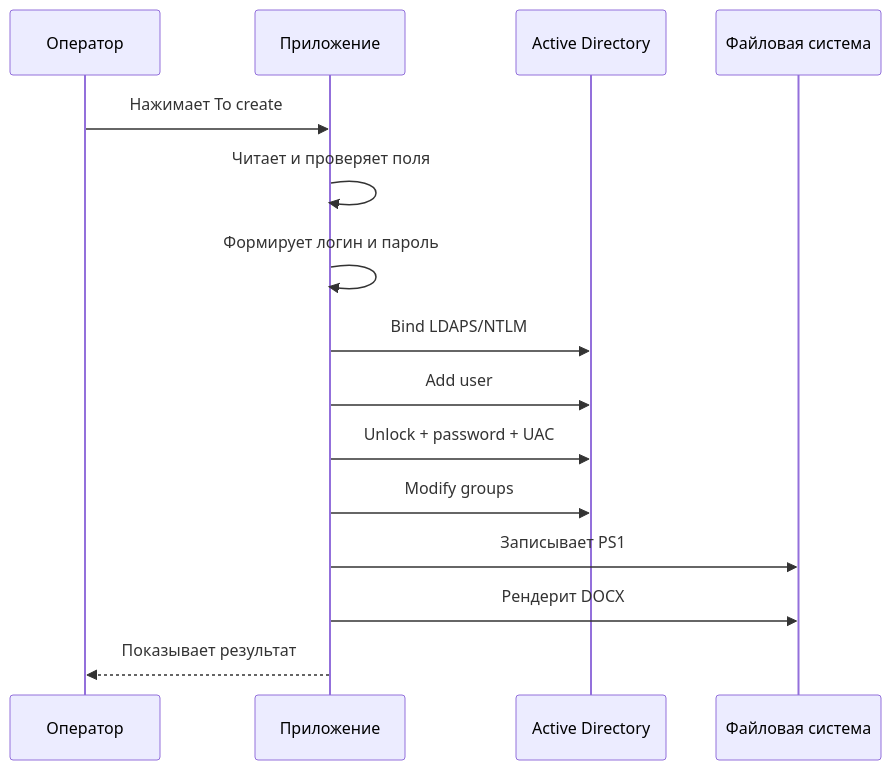
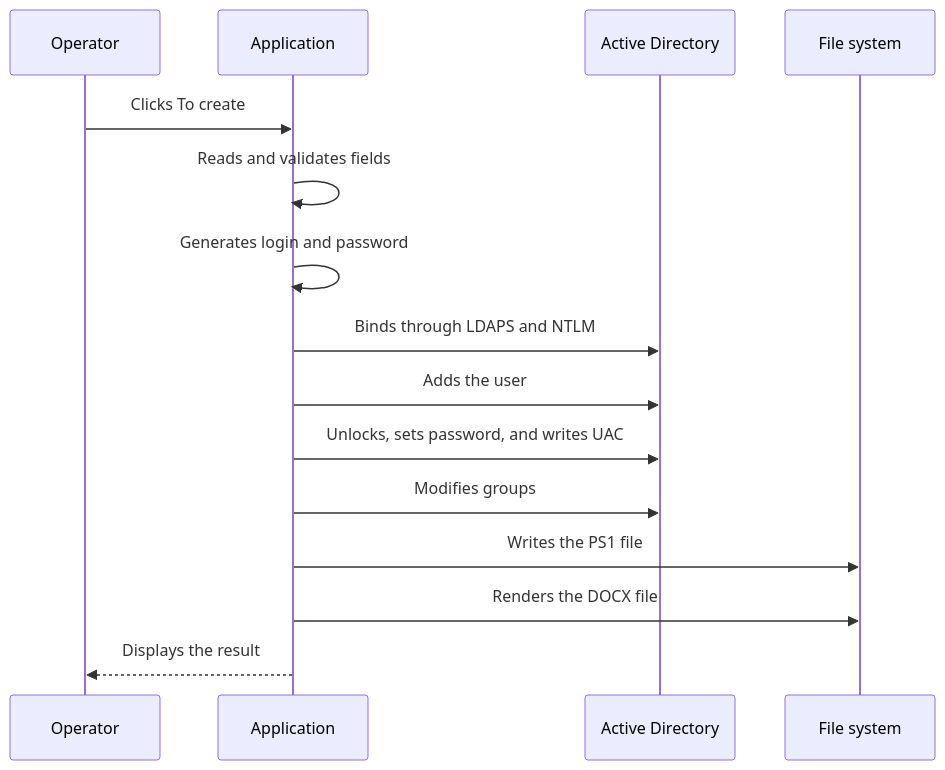
The second of 3 diagrams in docs/ARCHITECTURE.md (NetGraniz/ad_user_tool), drawn with Mermaid before and after one commit. The commit also changed other lines of this file and 9 other files, not shown here.

````diff
--- a/docs/ARCHITECTURE.md
+++ b/docs/ARCHITECTURE.md
@@ -39,18 +39,18 @@
 ```mermaid
 sequenceDiagram
-    participant O as Оператор
-    participant A as Приложение
+    participant O as Operator
+    participant A as Application
     participant D as Active Directory
-    participant F as Файловая система
+    participant F as File system
 
-    O->>A: Нажимает To create
-    A->>A: Читает и проверяет поля
-    A->>A: Формирует логин и пароль
-    A->>D: Bind LDAPS/NTLM
-    A->>D: Add user
-    A->>D: Unlock + password + UAC
-    A->>D: Modify groups
-    A->>F: Записывает PS1
-    A->>F: Рендерит DOCX
-    A-->>O: Показывает результат
+    O->>A: Clicks To create
+    A->>A: Reads and validates fields
+    A->>A: Generates login and password
+    A->>D: Binds through LDAPS and NTLM
+    A->>D: Adds the user
+    A->>D: Unlocks, sets password, and writes UAC
+    A->>D: Modifies groups
+    A->>F: Writes the PS1 file
+    A->>F: Renders the DOCX file
+    A-->>O: Displays the result
 ```
````
